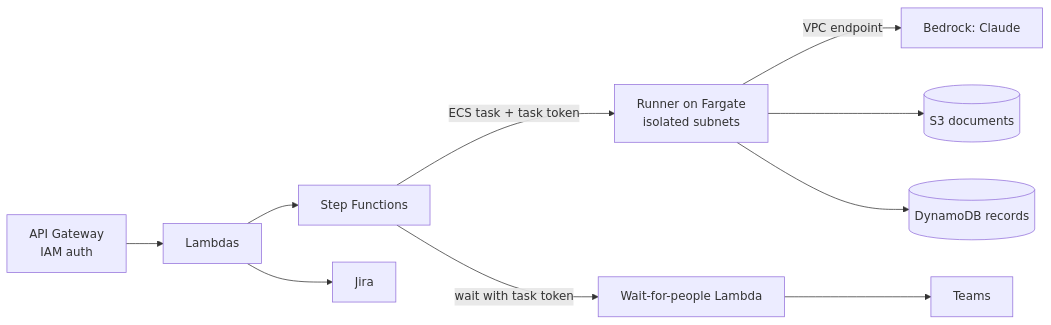
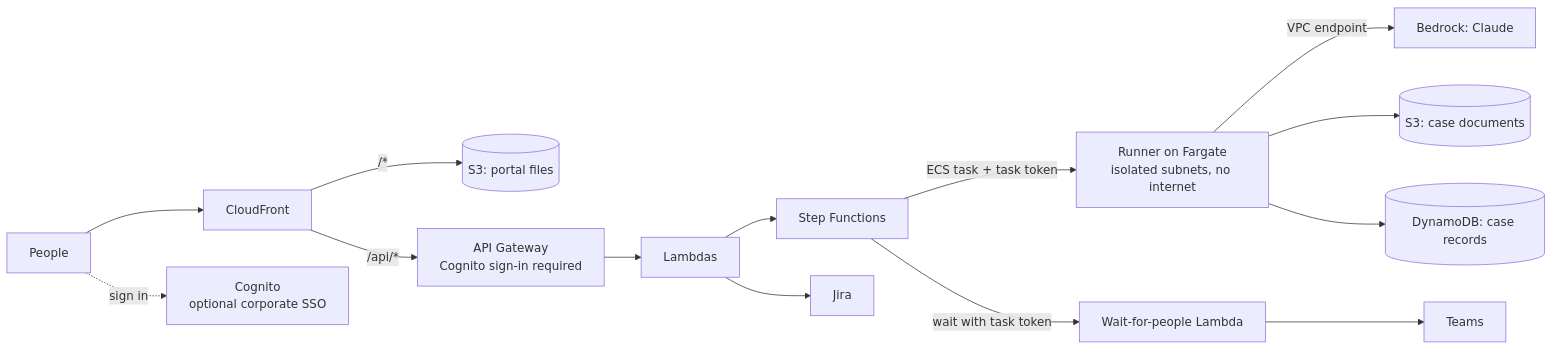
The second of 2 diagrams in README.md (garghe/idea-agents), drawn with Mermaid before and after one commit. The commit also changed other lines of this file and 33 other files, not shown here.

````diff
--- a/README.md
+++ b/README.md
@@ -118,12 +159,15 @@
 ```mermaid
 flowchart LR
-    API[API Gateway<br/>IAM auth] --> L[Lambdas]
+    U[People] --> CF[CloudFront]
+    CF -->|/*| PS3[(S3: portal files)]
+    CF -->|/api/*| API[API Gateway<br/>Cognito sign-in required]
+    U -. sign in .-> COG[Cognito<br/>optional corporate SSO]
+    API --> L[Lambdas]
     L --> SF[Step Functions]
-    SF -->|ECS task + task token| R[Runner on Fargate<br/>isolated subnets]
+    SF -->|ECS task + task token| R[Runner on Fargate<br/>isolated subnets, no internet]
     R -->|VPC endpoint| B[Bedrock: Claude]
-    R --> S3[(S3 documents)]
-    R --> DDB[(DynamoDB records)]
-    SF -->|wait with task token| W[Wait-for-people Lambda]
-    W --> T[Teams]
+    R --> S3[(S3: case documents)]
+    R --> DDB[(DynamoDB: case records)]
+    SF -->|wait with task token| W[Wait-for-people Lambda] --> T[Teams]
     L --> J[Jira]
 ```
````
